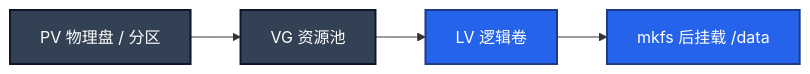
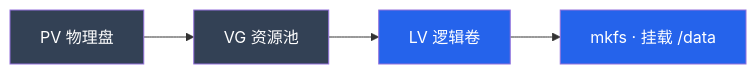
Before and after one commit to ml-cuizijun/LearnToLilith: the third of 6 diagrams in 02-基础底座/05-磁盘与IO/知识点.md, drawn with Mermaid. The commit also changed other lines of this file and 213 other files, not shown here.

````diff
--- a/02-基础底座/05-磁盘与IO/知识点.md
+++ b/02-基础底座/05-磁盘与IO/知识点.md
@@ -123,11 +105,9 @@
 ```mermaid
 flowchart LR
-    PV[PV 物理盘 / 分区] --> VG[VG 资源池]
-    VG --> LV[LV 逻辑卷]
-    LV --> FS["mkfs 后挂载 /data"]
+    PV[PV 物理盘] --> VG[VG 资源池] --> LV[LV 逻辑卷] --> FS["mkfs · 挂载 /data"]
 
-    classDef a fill:#334155,stroke:#0F172A,stroke-width:2px,color:#fff
-    classDef b fill:#2563EB,stroke:#1E3A8A,stroke-width:2px,color:#fff
+    classDef a fill:#334155,color:#fff
+    classDef b fill:#2563EB,color:#fff
     class PV,VG a
     class LV,FS b
 ```
````
